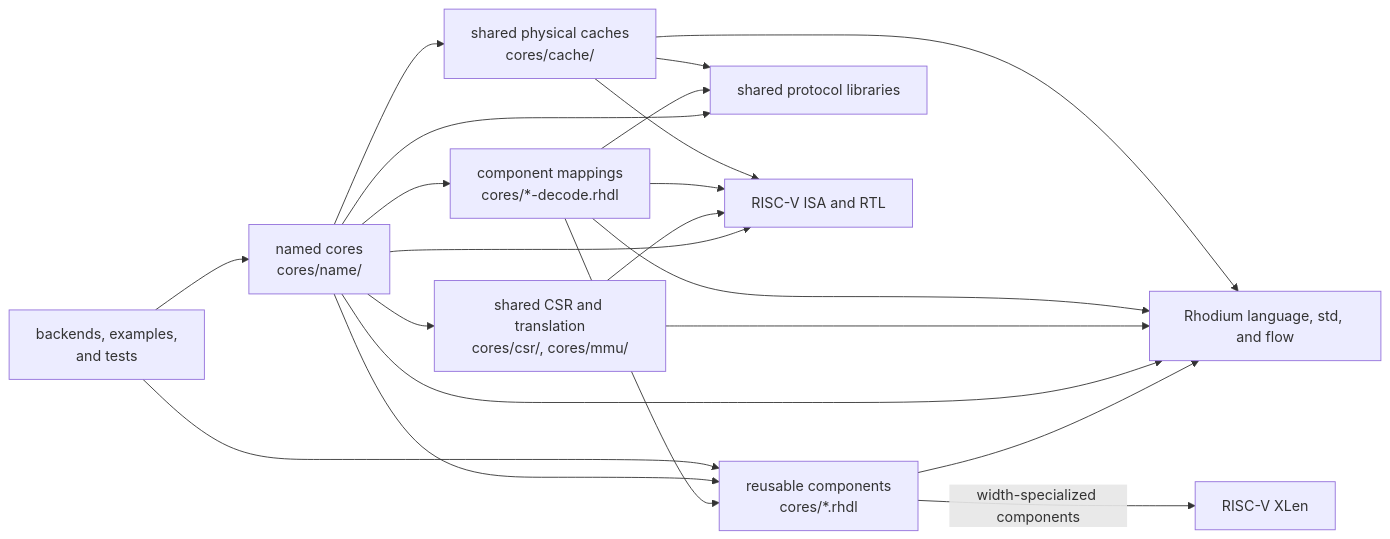
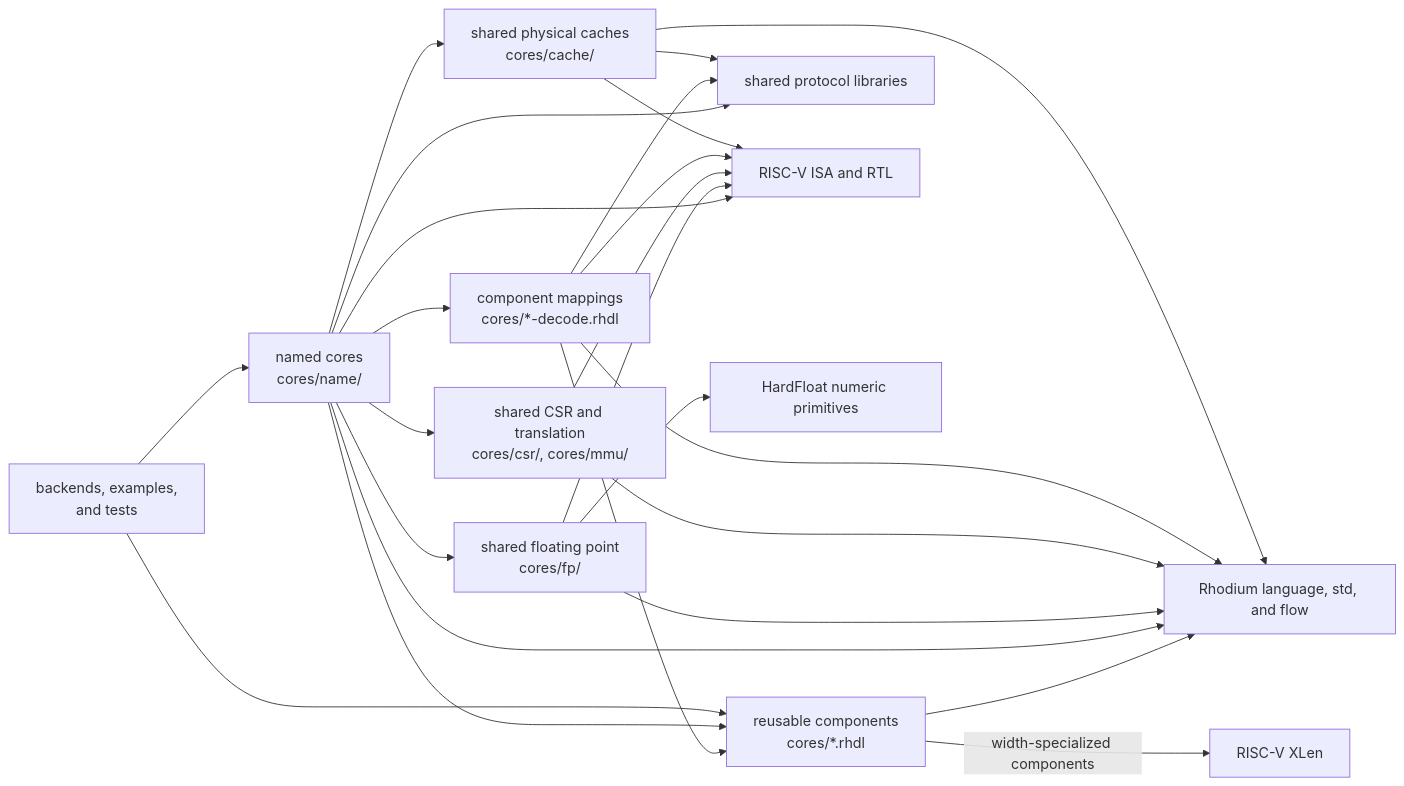
The diagram in cores/DEVELOPING.md (jerryz123/rhodium), drawn with Mermaid before and after one commit. The commit also changed other lines of this file and 50 other files, not shown here.

````diff
--- a/cores/DEVELOPING.md
+++ b/cores/DEVELOPING.md
@@ -44,23 +45,27 @@
 ```mermaid
 flowchart LR
   Consumers["backends, examples,<br/>and tests"] --> Named["named cores<br/>cores/name/"]
   Consumers --> Reusable["reusable components<br/>cores/*.rhdl"]
   Named --> Reusable
   Named --> Cache["shared physical caches<br/>cores/cache/"]
   Cache --> Protocols
   Cache --> Riscv
   Cache --> Rhodium
   Named --> Mapping["component mappings<br/>cores/*-decode.rhdl"]
   Mapping --> Reusable
   Mapping --> Riscv
   Mapping --> Protocols
   Mapping --> Rhodium
   Named --> State["shared CSR and translation<br/>cores/csr/, cores/mmu/"]
   State --> Riscv
   State --> Rhodium
+  Named --> FP["shared floating point<br/>cores/fp/"]
+  FP --> Riscv
+  FP --> Rhodium
+  FP --> HardFloat["HardFloat numeric primitives"]
   Named --> Riscv["RISC-V ISA and RTL"]
   Named --> Protocols["shared protocol libraries"]
   Named --> Rhodium["Rhodium language, std, and flow"]
   Reusable --> Rhodium
   Reusable -->|"width-specialized components"| Xlen["RISC-V XLen"]
 ```
````
